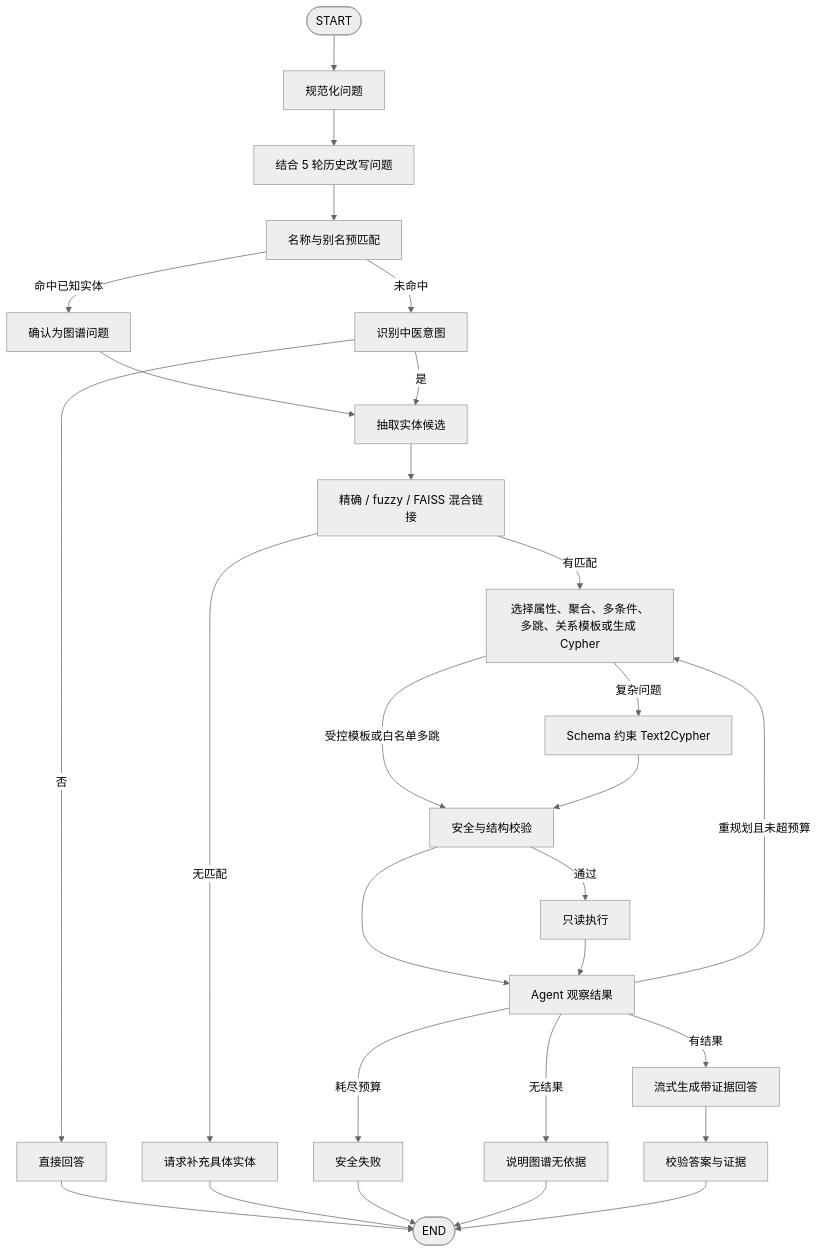
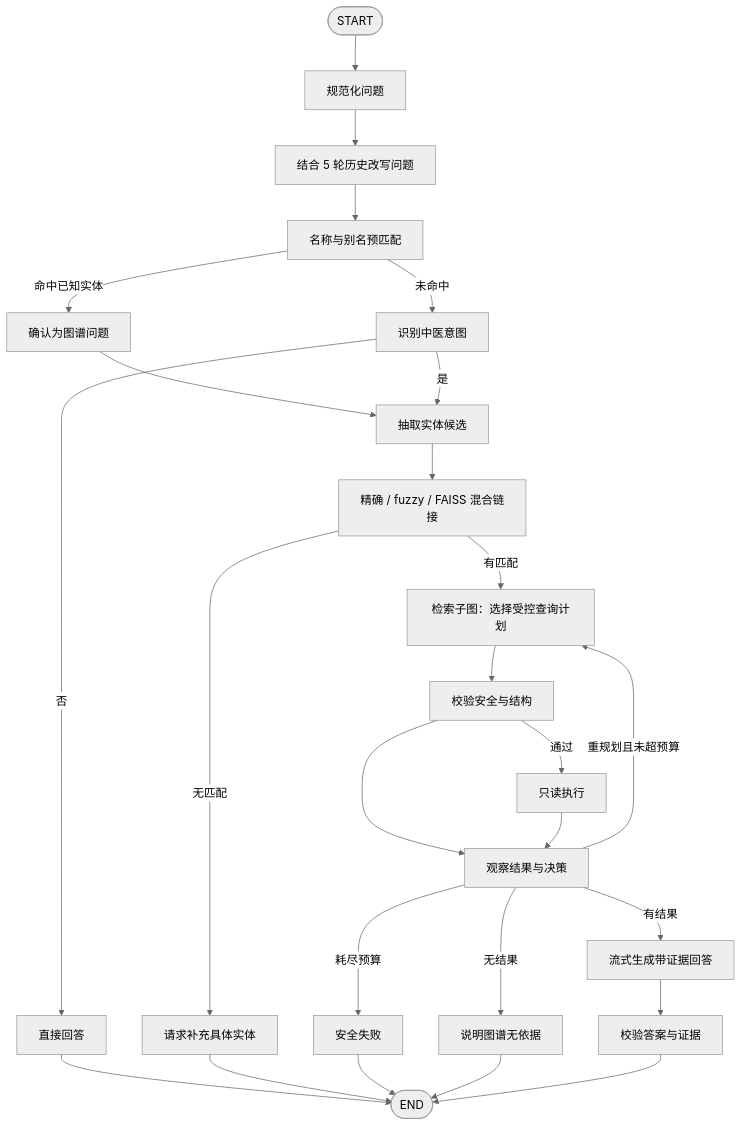
Before and after one commit to zhongzubin/Chinese_medicine_knowledgegraph: the second of 3 diagrams in docs/graph_qa/architecture.md, drawn with Mermaid (neutral theme). The commit also changed other lines of this file and 8 other files, not shown here.

Commit message:
docs: 记录检索Agent独立子图验收

````diff
--- a/docs/graph_qa/architecture.md
+++ b/docs/graph_qa/architecture.md
@@ -142,30 +142,28 @@
 ```mermaid
 flowchart TD
     Start([START]) --> Normalize[规范化问题]
     Normalize --> Rewrite[结合 5 轮历史改写问题]
     Rewrite --> Prelink[名称与别名预匹配]
     Prelink -->|命中已知实体| KnownIntent[确认为图谱问题]
     Prelink -->|未命中| Intent[识别中医意图]
     KnownIntent --> Extract[抽取实体候选]
     Intent -->|否| Direct[直接回答]
     Intent -->|是| Extract[抽取实体候选]
     Extract --> Link[精确 / fuzzy / FAISS 混合链接]
     Link -->|无匹配| Clarify[请求补充具体实体]
-    Link -->|有匹配| Plan[选择属性、聚合、多条件、多跳、关系模板或生成 Cypher]
-    Plan -->|受控模板或白名单多跳| Validate[安全与结构校验]
-    Plan -->|复杂问题| Text2Cypher[Schema 约束 Text2Cypher]
-    Text2Cypher --> Validate
+    Link -->|有匹配| Plan[检索子图：选择受控查询计划]
+    Plan --> Validate[校验安全与结构]
     Validate -->|通过| Execute[只读执行]
-    Validate --> Observe[Agent 观察结果]
+    Validate --> Observe[观察结果与决策]
     Execute --> Observe
     Observe -->|重规划且未超预算| Plan
     Observe -->|耗尽预算| SafeFail[安全失败]
     Observe -->|无结果| NoEvidence[说明图谱无依据]
     Observe -->|有结果| Answer[流式生成带证据回答]
     Answer --> Verify[校验答案与证据]
     Direct --> End([END])
     Clarify --> End
     SafeFail --> End
     NoEvidence --> End
     Verify --> End
 ```
````
